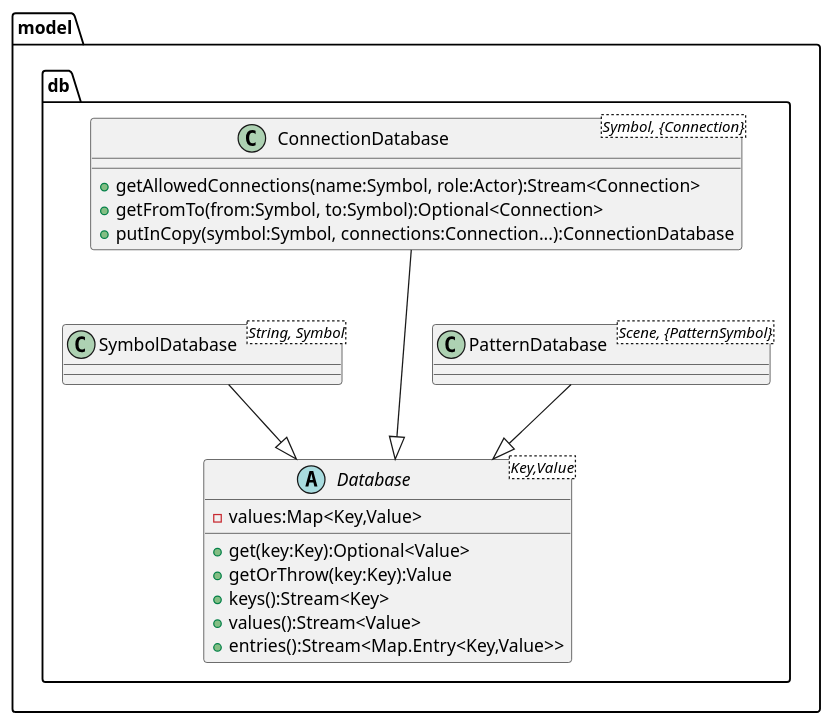
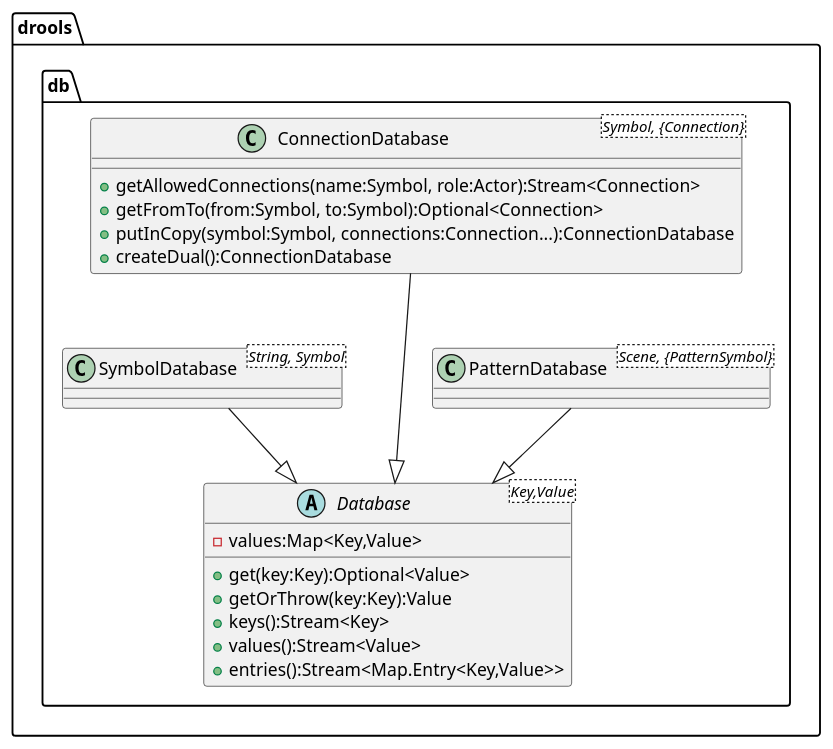
Before and after one commit to jappeace/methods-homework: diagram 12 of 16 in thesis/thesis.org, drawn with PlantUML. The commit also changed other lines of this file and 1 other file, not shown here.

Commit message:
Discussed database architecture more toroughly

```diff
--- a/thesis/thesis.org
+++ b/thesis/thesis.org
@@ -2924,23 +3002,24 @@
 #+BEGIN_SRC plantuml :cache yes :file img/uml/dbclass.png :exports results
-  package model.db{
+  package drools.db{
     abstract class Database<Key,Value>{
       -values:Map<Key,Value>
       +get(key:Key):Optional<Value>
       +getOrThrow(key:Key):Value
       +keys():Stream<Key>
       +values():Stream<Value>
       +entries():Stream<Map.Entry<Key,Value>>
     }
     class ConnectionDatabase<Symbol, {Connection}>{
       +getAllowedConnections(name:Symbol, role:Actor):Stream<Connection>
       +getFromTo(from:Symbol, to:Symbol):Optional<Connection>
       +putInCopy(symbol:Symbol, connections:Connection...):ConnectionDatabase
+      +createDual():ConnectionDatabase
     }
     class PatternDatabase<Scene, {PatternSymbol}>
     class SymbolDatabase<String, Symbol>
     ConnectionDatabase --|> Database 
     PatternDatabase --|> Database 
     SymbolDatabase --|> Database 
     ConnectionDatabase -[hidden]-> PatternDatabase
   }
 #+END_SRC
```
